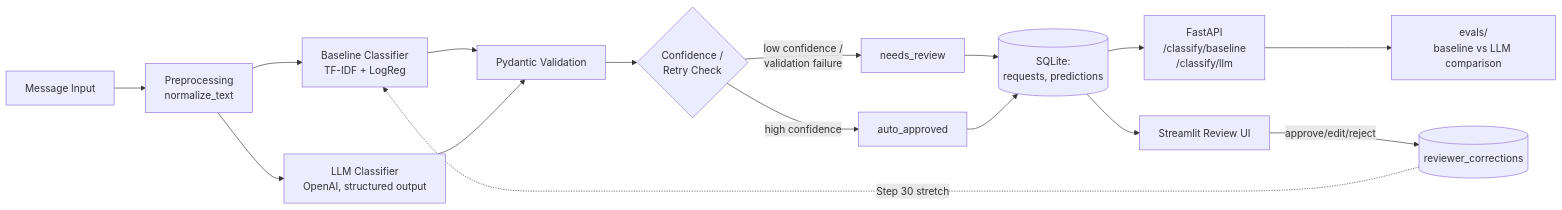
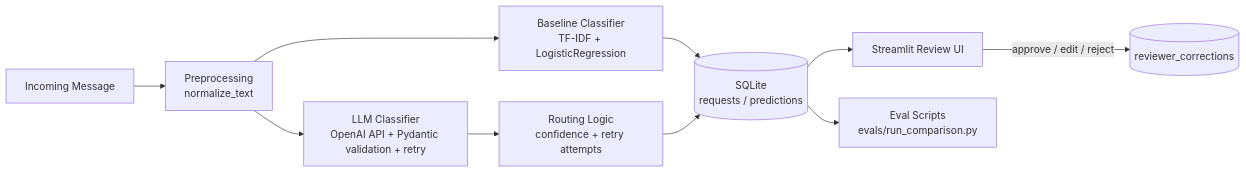
The diagram in README.md (moshood-abdulganiyu/civicinbox), drawn with Mermaid before and after one commit. The commit also changed other lines of this file, not shown here.

First line of the commit message:
docs: complete Step 9 - full README per master-plan template

````diff
--- a/README.md
+++ b/README.md
@@ -9,18 +8,12 @@
 ```mermaid
 flowchart LR
-    A[Message Input] --> B[Preprocessing<br/>normalize_text]
-    B --> C1[Baseline Classifier<br/>TF-IDF + LogReg]
-    B --> C2[LLM Classifier<br/>OpenAI, structured output]
-    C1 --> D[Pydantic Validation]
-    C2 --> D
-    D --> E{Confidence /<br/>Retry Check}
-    E -->|low confidence /<br/>validation failure| F[needs_review]
-    E -->|high confidence| G[auto_approved]
-    F --> H[(SQLite:<br/>requests, predictions)]
-    G --> H
-    H --> I[FastAPI<br/>/classify/baseline<br/>/classify/llm]
-    H --> J[Streamlit Review UI]
-    J -->|approve/edit/reject| K[(reviewer_corrections)]
-    K -.->|Step 30 stretch| C1
-    I --> L[evals/<br/>baseline vs LLM comparison]
+    A[Incoming Message] --> B[Preprocessing<br/>normalize_text]
+    B --> C1[Baseline Classifier<br/>TF-IDF + LogisticRegression]
+    B --> C2[LLM Classifier<br/>OpenAI API + Pydantic validation + retry]
+    C2 --> D[Routing Logic<br/>confidence + retry attempts]
+    C1 --> E[(SQLite<br/>requests / predictions)]
+    D --> E
+    E --> F[Streamlit Review UI]
+    F -->|approve / edit / reject| G[(reviewer_corrections)]
+    E --> H[Eval Scripts<br/>evals/run_comparison.py]
 ```
````
